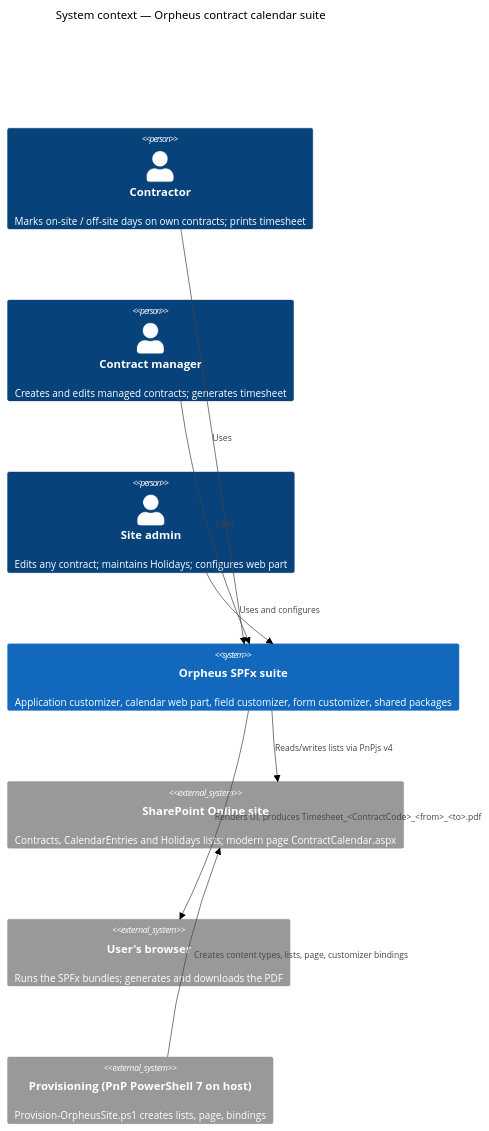
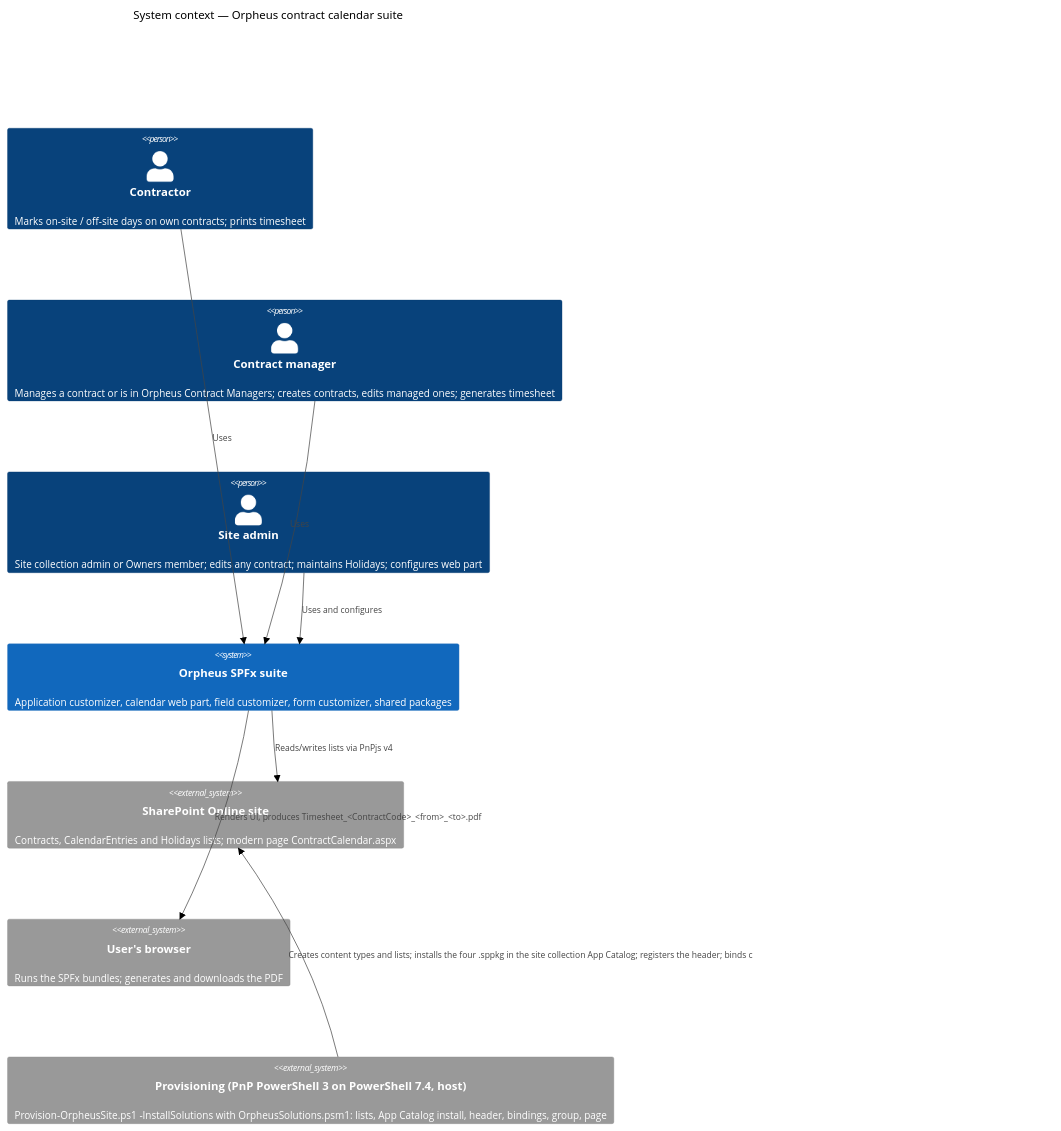
The diagram in architecture/01-phase-a-architecture-vision.md (Sartor87/orpheus-systems-sharepoint), drawn with Mermaid (neutral theme) before and after one commit. The commit also changed other lines of this file and 12 other files, not shown here.

First line of the commit message:
docs(architecture): diagrams and ADR amendments for provisioning, roles and CI

````diff
--- a/architecture/01-phase-a-architecture-vision.md
+++ b/architecture/01-phase-a-architecture-vision.md
@@ -82,17 +82,17 @@
 ```mermaid
 C4Context
   title System context — Orpheus contract calendar suite
   Person(contractor, "Contractor", "Marks on-site / off-site days on own contracts; prints timesheet")
-  Person(manager, "Contract manager", "Creates and edits managed contracts; generates timesheet")
-  Person(admin, "Site admin", "Edits any contract; maintains Holidays; configures web part")
+  Person(manager, "Contract manager", "Manages a contract or is in Orpheus Contract Managers; creates contracts, edits managed ones; generates timesheet")
+  Person(admin, "Site admin", "Site collection admin or Owners member; edits any contract; maintains Holidays; configures web part")
   System(suite, "Orpheus SPFx suite", "Application customizer, calendar web part, field customizer, form customizer, shared packages")
   System_Ext(spo, "SharePoint Online site", "Contracts, CalendarEntries and Holidays lists; modern page ContractCalendar.aspx")
   System_Ext(browser, "User's browser", "Runs the SPFx bundles; generates and downloads the PDF")
-  System_Ext(prov, "Provisioning (PnP PowerShell 7 on host)", "Provision-OrpheusSite.ps1 creates lists, page, bindings")
+  System_Ext(prov, "Provisioning (PnP PowerShell 3 on PowerShell 7.4, host)", "Provision-OrpheusSite.ps1 -InstallSolutions with OrpheusSolutions.psm1: lists, App Catalog install, header, bindings, group, page")
   Rel(contractor, suite, "Uses")
   Rel(manager, suite, "Uses")
   Rel(admin, suite, "Uses and configures")
   Rel(suite, spo, "Reads/writes lists via PnPjs v4")
   Rel(suite, browser, "Renders UI, produces Timesheet_<ContractCode>_<from>_<to>.pdf")
-  Rel(prov, spo, "Creates content types, lists, page, customizer bindings")
+  Rel(prov, spo, "Creates content types and lists; installs the four .sppkg in the site collection App Catalog; registers the header; binds customizers; creates Orpheus Contract Managers and ContractCalendar.aspx")
 ```
````
